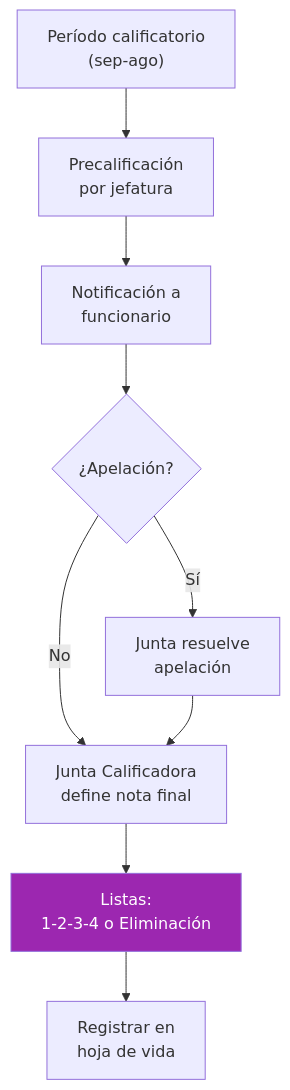
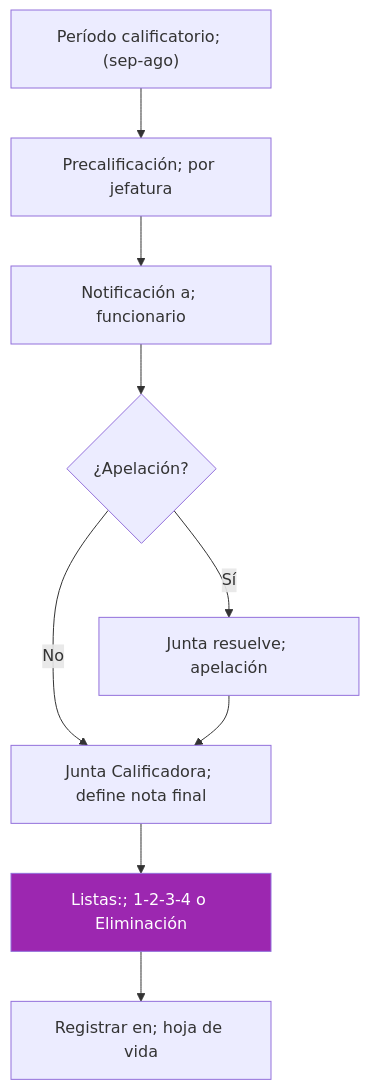
Before and after one commit to felix-antonio-sl/kora: the seventh of 9 diagrams in drafts/gn/bpmn/bpmn-d07-rrhh.md, drawn with Mermaid. The commit also changed other lines of this file and 265 other files, not shown here.

````diff
--- a/drafts/gn/bpmn/bpmn-d07-rrhh.md
+++ b/drafts/gn/bpmn/bpmn-d07-rrhh.md
@@ -250,12 +292,13 @@
 ```mermaid
 flowchart TD
-    A["Período calificatorio<br/>(sep-ago)"] --> B["Precalificación<br/>por jefatura"]
-    B --> C["Notificación a<br/>funcionario"]
-    C --> D{"¿Apelación?"}
-    D -->|"No"| E["Junta Calificadora<br/>define nota final"]
-    D -->|"Sí"| F["Junta resuelve<br/>apelación"]
-    F --> E
-    E --> G["Listas:<br/>1-2-3-4 o Eliminación"]
-    G --> H["Registrar en<br/>hoja de vida"]
-    style G fill:#9C27B0,color:#fff
+ A["Período calificatorio; (sep-ago)"] --> B["Precalificación; por jefatura"]
+ B --> C["Notificación a; funcionario"]
+ C --> D{"¿Apelación?"}
+ D -->|"No"| E["Junta Calificadora; define nota final"]
+ D -->|"Sí"| F["Junta resuelve; apelación"]
+ F --> E
+ E --> G["Listas:; 1-2-3-4 o Eliminación"]
+ G --> H["Registrar en; hoja de vida"]
+
+ style G fill:#9C27B0,color:#fff
 ```
````
